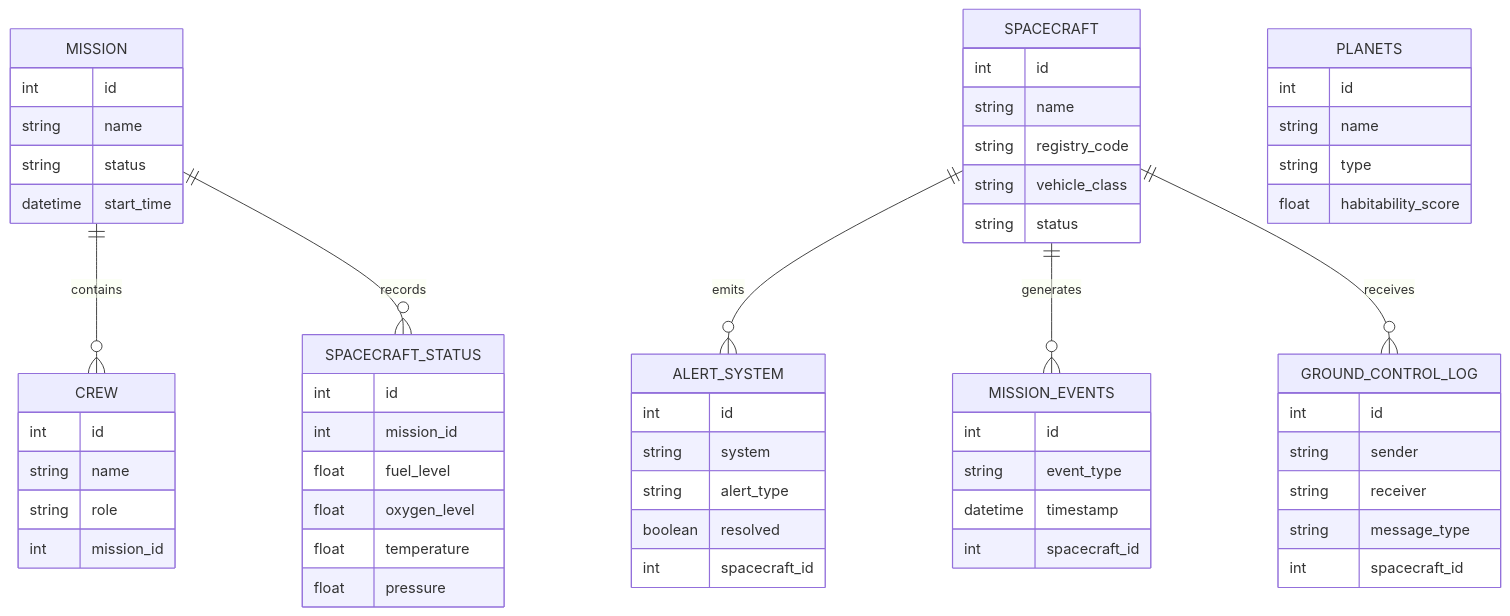
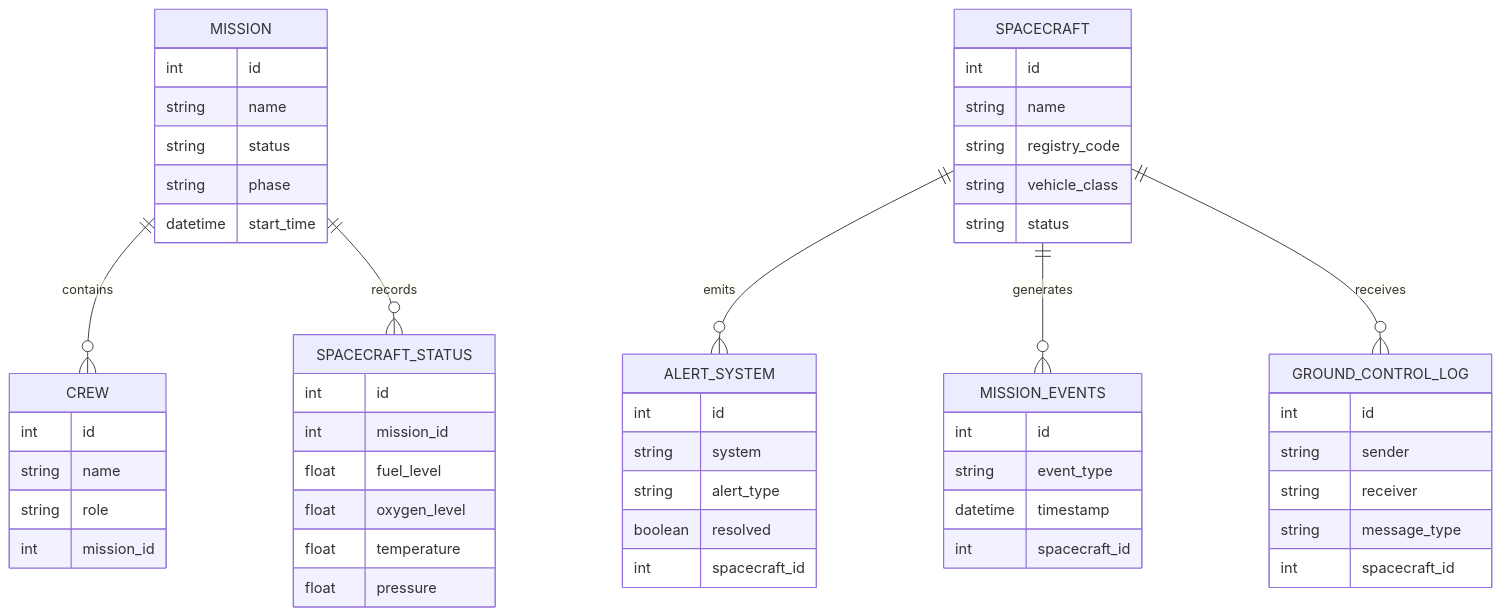
One commit to belvpassos/endurance_mission changed the second of 2 diagrams in README.md. Above: the diagram before and after it, drawn with Mermaid. The commit also changed other lines of this file and 2 other files, not shown here.

````diff
--- a/README.md
+++ b/README.md
@@ -105,61 +104,57 @@
 ```mermaid
 erDiagram
     MISSION ||--o{ CREW : contains
     MISSION ||--o{ SPACECRAFT_STATUS : records
+    SPACECRAFT ||--o{ ALERT_SYSTEM : emits
+    SPACECRAFT ||--o{ MISSION_EVENTS : generates
+    SPACECRAFT ||--o{ GROUND_CONTROL_LOG : receives
+
     MISSION {
         int id
         string name
         string status
+        string phase
         datetime start_time
     }
     CREW {
         int id
         string name
         string role
         int mission_id
     }
     SPACECRAFT {
         int id
         string name
         string registry_code
         string vehicle_class
         string status
     }
     SPACECRAFT_STATUS {
         int id
         int mission_id
         float fuel_level
         float oxygen_level
         float temperature
         float pressure
     }
     ALERT_SYSTEM {
         int id
         string system
         string alert_type
         boolean resolved
         int spacecraft_id
     }
     MISSION_EVENTS {
         int id
         string event_type
         datetime timestamp
         int spacecraft_id
     }
     GROUND_CONTROL_LOG {
         int id
         string sender
         string receiver
         string message_type
         int spacecraft_id
     }
-    PLANETS {
-        int id
-        string name
-        string type
-        float habitability_score
-    }
-    SPACECRAFT ||--o{ ALERT_SYSTEM : emits
-    SPACECRAFT ||--o{ MISSION_EVENTS : generates
-    SPACECRAFT ||--o{ GROUND_CONTROL_LOG : receives
 ```
````
